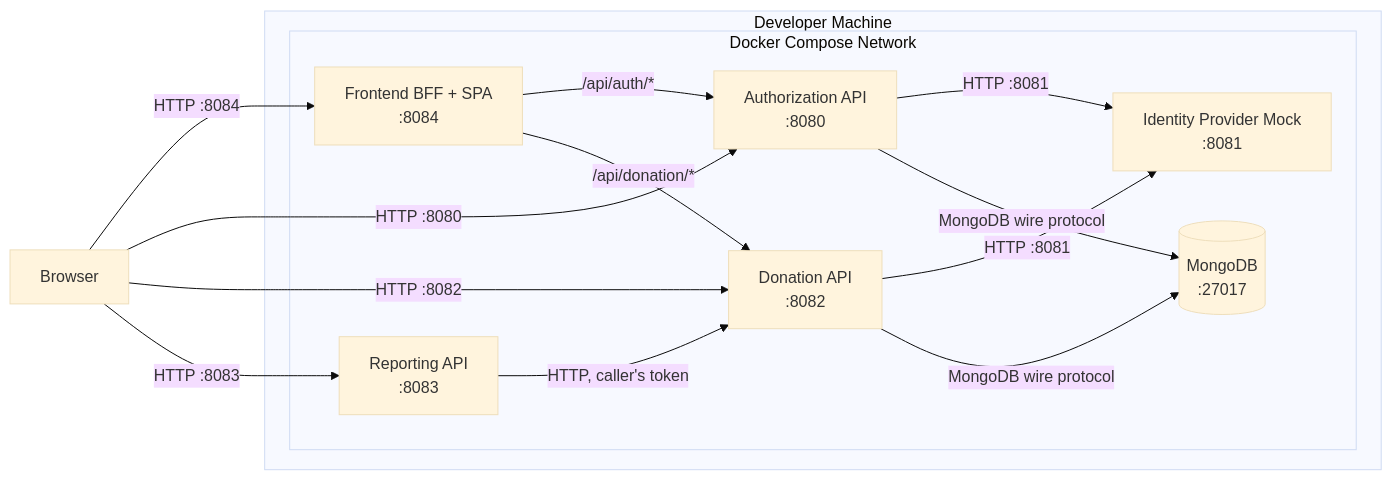
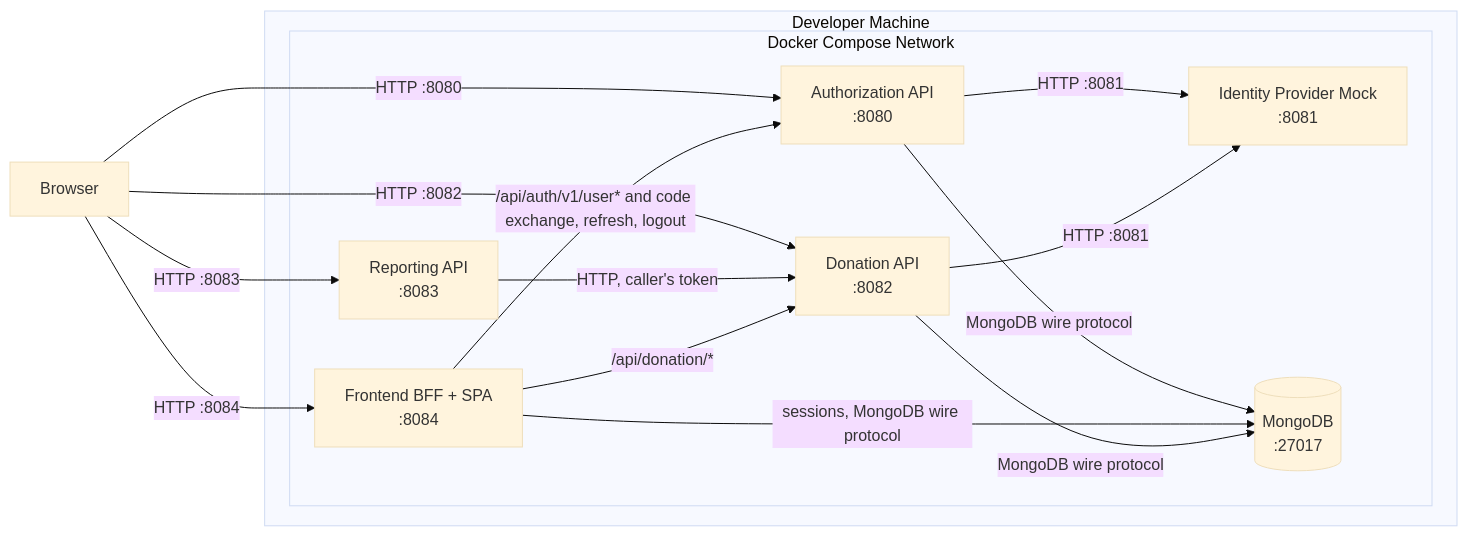
Before and after one commit to wouterfennis/TimeForCode: the first of 3 diagrams in docs/architecture/arc42/07-deployment-view.md, drawn with Mermaid (base theme). The commit also changed other lines of this file and 153 other files, not shown here.

Commit message:
feat(frontend): move the browser session from the Authorization API to the BFF (#194) (#200)

````diff
--- a/docs/architecture/arc42/07-deployment-view.md
+++ b/docs/architecture/arc42/07-deployment-view.md
@@ -15,25 +15,26 @@
 ```mermaid
 graph LR
     subgraph Developer Machine
         subgraph Docker Compose Network
             Frontend["Frontend BFF + SPA\n:8084"]
             AuthAPI["Authorization API\n:8080"]
             IdpMock["Identity Provider Mock\n:8081"]
             DonationAPI["Donation API\n:8082"]
             ReportingAPI["Reporting API\n:8083"]
             MongoDB[("MongoDB\n:27017")]
         end
     end
 
     Browser["Browser"] -->|HTTP :8084| Frontend
     Browser -->|HTTP :8080| AuthAPI
     Browser -->|HTTP :8082| DonationAPI
     Browser -->|HTTP :8083| ReportingAPI
     ReportingAPI -->|HTTP, caller's token| DonationAPI
     AuthAPI -->|HTTP :8081| IdpMock
     DonationAPI -->|HTTP :8081| IdpMock
-    Frontend -->|/api/auth/*| AuthAPI
+    Frontend -->|/api/auth/v1/user* and code exchange, refresh, logout| AuthAPI
     Frontend -->|/api/donation/*| DonationAPI
     AuthAPI -->|MongoDB wire protocol| MongoDB
+    Frontend -->|sessions, MongoDB wire protocol| MongoDB
     DonationAPI -->|MongoDB wire protocol| MongoDB
 ```
````
